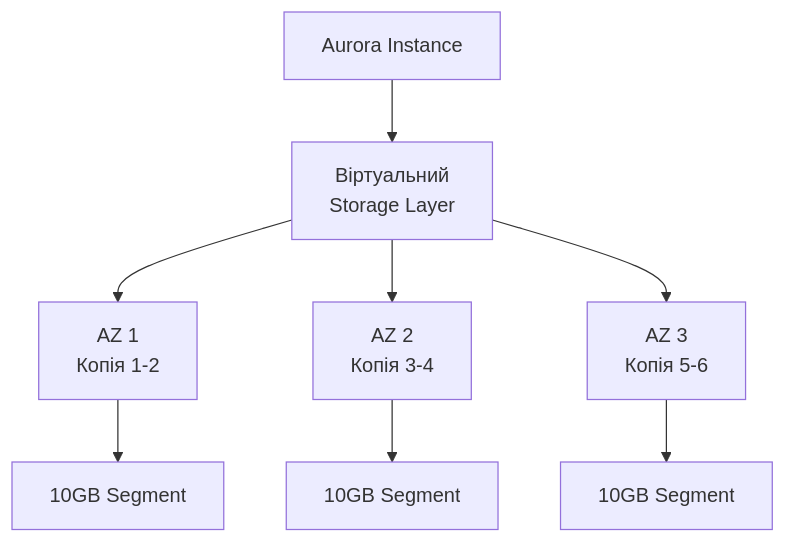
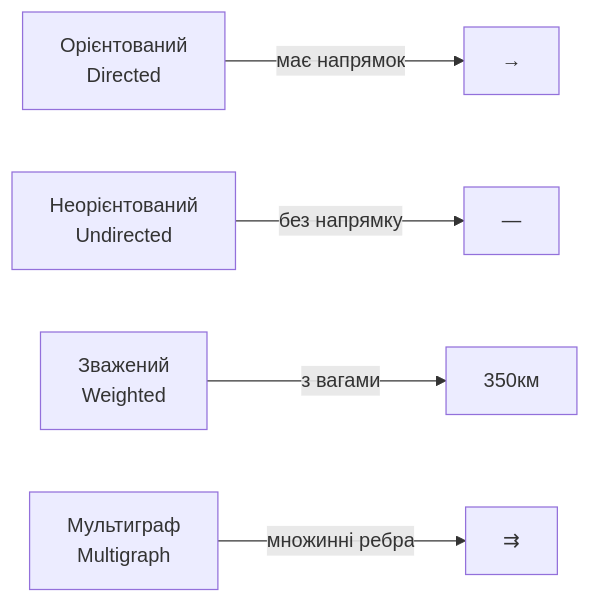
Before and after one commit to olroi421/course-bd: the first of 6 diagrams in presentations/presentation-15.md, drawn with Mermaid. The commit also changed other lines of this file and 26 other files, not shown here.

````diff
--- a/presentations/presentation-15.md
+++ b/presentations/presentation-15.md
@@ -339,12 +37,7 @@
 ```mermaid
-graph TB
-    A[Aurora Instance] --> B[Віртуальний<br/>Storage Layer]
-
-    B --> C[AZ 1<br/>Копія 1-2]
-    B --> D[AZ 2<br/>Копія 3-4]
-    B --> E[AZ 3<br/>Копія 5-6]
-
-    C --> F[10GB Segment]
-    D --> G[10GB Segment]
-    E --> H[10GB Segment]
+graph LR
+    A[Орієнтований<br/>Directed] -->|має напрямок| B[→]
+    C[Неорієнтований<br/>Undirected] -->|без напрямку| D[—]
+    E[Зважений<br/>Weighted] -->|з вагами| F[350км]
+    G[Мультиграф<br/>Multigraph] -->|множинні ребра| H[⇉]
 ```
````
